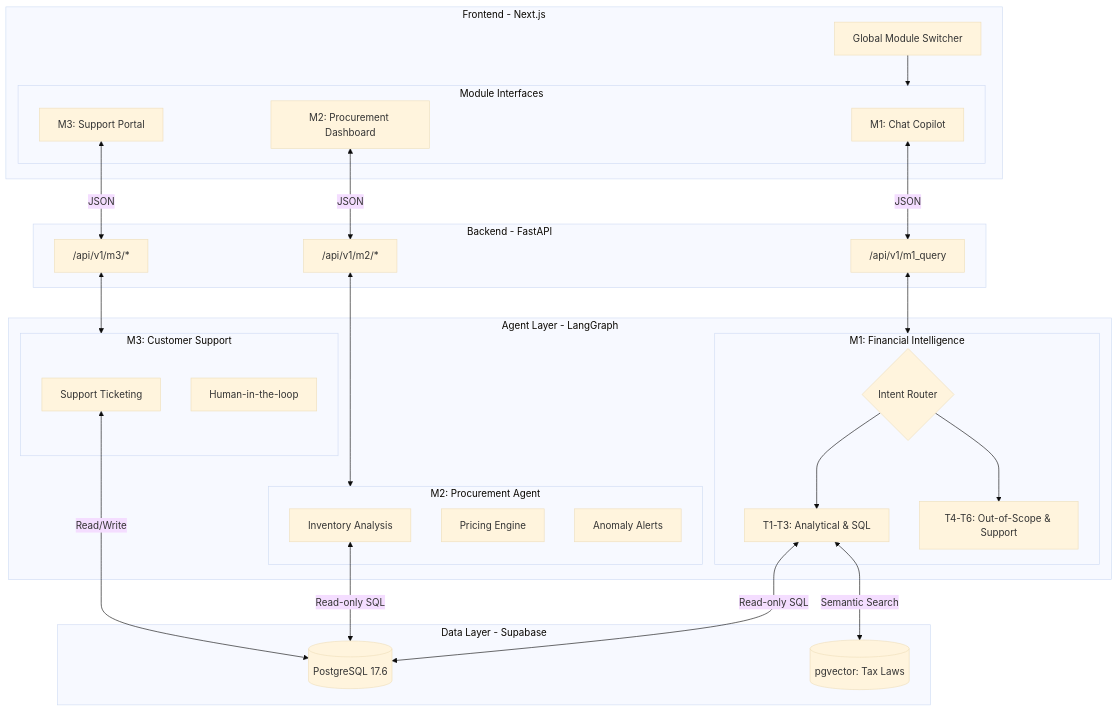
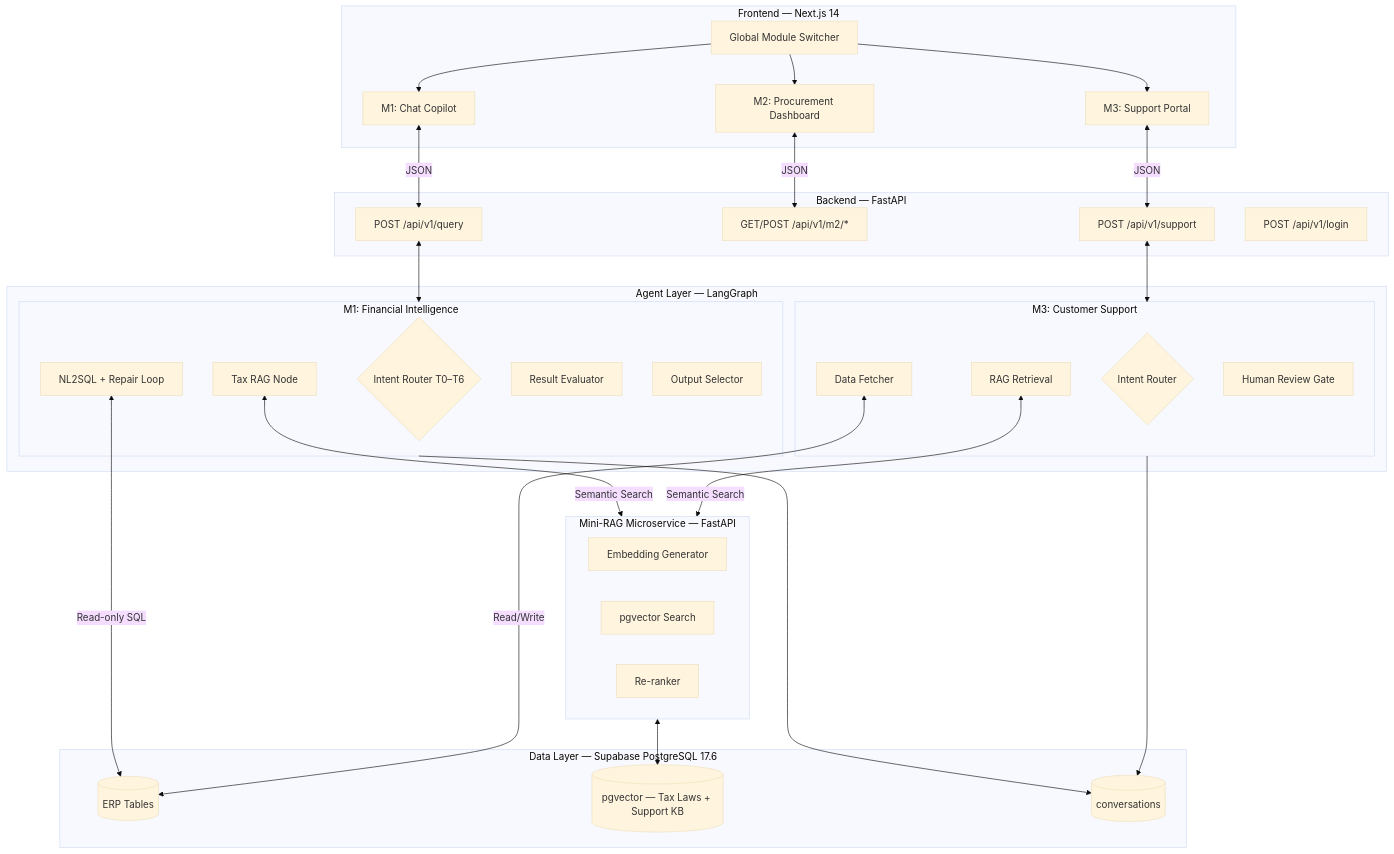
One commit to MostafaAyman3/Wakeel changed the first of 3 diagrams in README.md. Above: the diagram before and after it, drawn with Mermaid (base theme). The commit also changed other lines of this file, not shown here.

Commit message:
feat(docs): Update README to reflect new platform capabilities and architecture

````diff
--- a/README.md
+++ b/README.md
@@ -63,64 +76,61 @@
 ```mermaid
 graph TD
-    %% Frontend Layer
-    subgraph Frontend [Frontend - Next.js]
-        GlobalNav[Global Module Switcher]
-        
-        subgraph Views [Module Interfaces]
-            UI_M1[M1: Chat Copilot]
-            UI_M2[M2: Procurement Dashboard]
-            UI_M3[M3: Support Portal]
-        end
-        GlobalNav --> Views
+    subgraph Frontend [Frontend — Next.js 14]
+        Nav[Global Module Switcher]
+        UI_M1[M1: Chat Copilot]
+        UI_M2[M2: Procurement Dashboard]
+        UI_M3[M3: Support Portal]
+        Nav --> UI_M1 & UI_M2 & UI_M3
     end
 
-    %% Backend API Layer
-    subgraph Backend [Backend - FastAPI]
-        API_M1["/api/v1/m1_query"]
-        API_M2["/api/v1/m2/*"]
-        API_M3["/api/v1/m3/*"]
+    subgraph Backend [Backend — FastAPI]
+        API_M1[POST /api/v1/query]
+        API_M2[GET/POST /api/v1/m2/*]
+        API_M3[POST /api/v1/support]
+        Auth[POST /api/v1/login]
     end
 
-    %% Agentic Layer
-    subgraph Agents [Agent Layer - LangGraph]
-        
-        subgraph M1_Agent [M1: Financial Intelligence]
-            Router{Intent Router}
-            T1_3[T1-T3: Analytical & SQL]
-            T4_6[T4-T6: Out-of-Scope & Support]
-            Router --> T1_3 & T4_6
+    subgraph Agents [Agent Layer — LangGraph]
+        subgraph M1 [M1: Financial Intelligence]
+            M1Router{Intent Router T0–T6}
+            M1SQL[NL2SQL + Repair Loop]
+            M1RAG[Tax RAG Node]
+            M1Eval[Result Evaluator]
+            M1Out[Output Selector]
         end
 
-        subgraph M2_Agent [M2: Procurement Agent]
-            Inventory[Inventory Analysis]
-            Pricing[Pricing Engine]
-            Alerts[Anomaly Alerts]
+        subgraph M3 [M3: Customer Support]
+            M3Router{Intent Router}
+            M3RAG[RAG Retrieval]
+            M3CRM[Data Fetcher]
+            M3Review[Human Review Gate]
         end
-
-        subgraph M3_Agent [M3: Customer Support]
-            Ticketing[Support Ticketing]
-            HumanReview[Human-in-the-loop]
-        end
-
     end
 
-    %% Database Layer
-    subgraph Data [Data Layer - Supabase]
-        DB[(PostgreSQL 17.6)]
-        VectorDB[(pgvector: Tax Laws)]
+    subgraph MiniRAG [Mini-RAG Microservice — FastAPI]
+        Embed[Embedding Generator]
+        Search[pgvector Search]
+        Rerank[Re-ranker]
     end
 
-    %% Connections
+    subgraph Data [Data Layer — Supabase PostgreSQL 17.6]
+        DB[(ERP Tables)]
+        VectorDB[(pgvector — Tax Laws + Support KB)]
+        ConvDB[(conversations)]
+    end
+
     UI_M1 <-->|JSON| API_M1
     UI_M2 <-->|JSON| API_M2
     UI_M3 <-->|JSON| API_M3
 
-    API_M1 <--> M1_Agent
-    API_M2 <--> M2_Agent
-    API_M3 <--> M3_Agent
+    API_M1 <--> M1
+    API_M3 <--> M3
 
-    T1_3 <-->|Read-only SQL| DB
-    Inventory <-->|Read-only SQL| DB
-    Ticketing <-->|Read/Write| DB
-    T1_3 <-->|Semantic Search| VectorDB
+    M1SQL <-->|Read-only SQL| DB
+    M1RAG <-->|Semantic Search| MiniRAG
+    M3RAG <-->|Semantic Search| MiniRAG
+    M3CRM <-->|Read/Write| DB
+    MiniRAG <--> VectorDB
+    M1 --> ConvDB
+    M3 --> ConvDB
 ```
````
